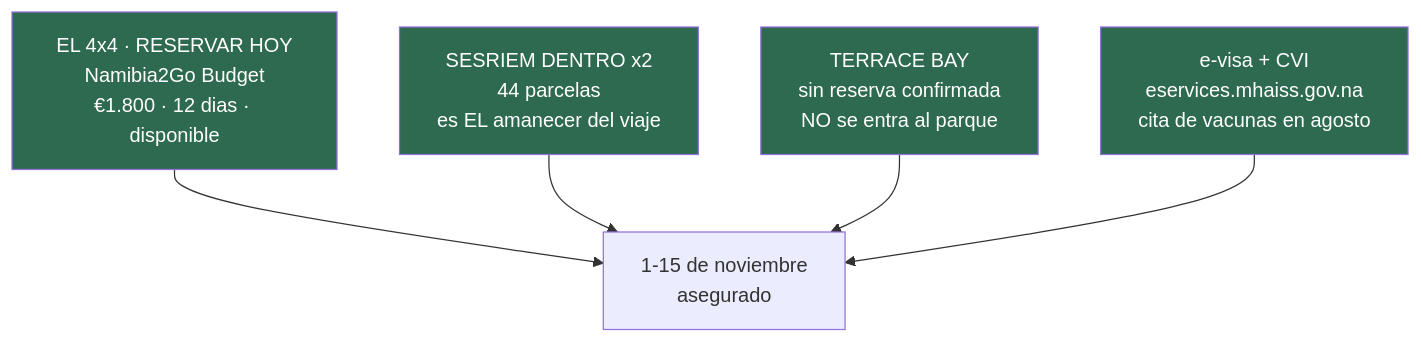
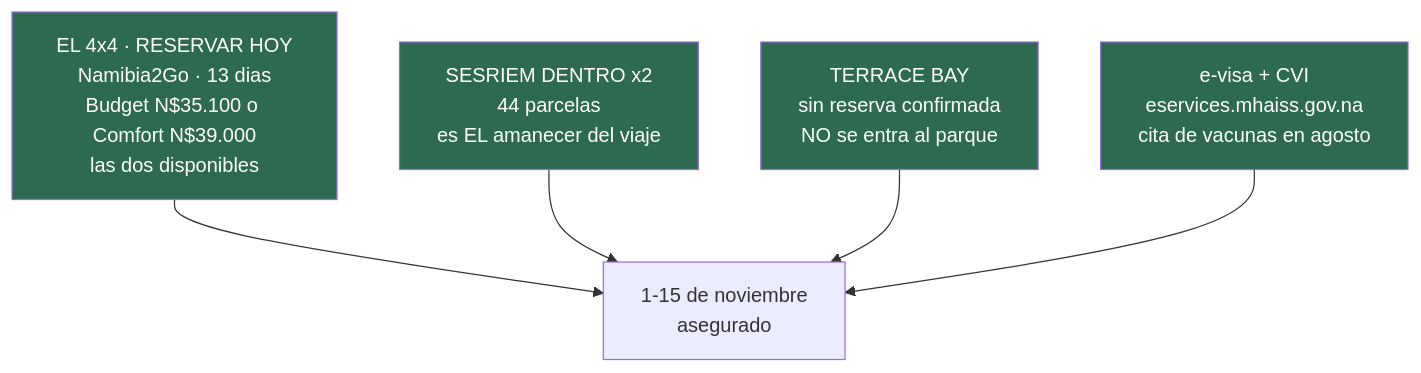
Before and after one commit to morandeirachema/namibia: the third of 5 diagrams in README.md, drawn with Mermaid. The commit also changed other lines of this file and 5 other files, not shown here.

````diff
--- a/README.md
+++ b/README.md
@@ -277,15 +284,15 @@
 ```mermaid
 flowchart TD
-    A["EL 4x4 · RESERVAR HOY<br/>Namibia2Go Budget<br/>€1.800 · 12 dias · disponible"]
+    A["EL 4x4 · RESERVAR HOY<br/>Namibia2Go · 13 dias<br/>Budget N$35.100 o Comfort N$39.000<br/>las dos disponibles"]
     B["SESRIEM DENTRO x2<br/>44 parcelas<br/>es EL amanecer del viaje"]
     C["TERRACE BAY<br/>sin reserva confirmada<br/>NO se entra al parque"]
     D["e-visa + CVI<br/>eservices.mhaiss.gov.na<br/>cita de vacunas en agosto"]
     A --> E["1-15 de noviembre<br/>asegurado"]
     B --> E
     C --> E
     D --> E
     style A fill:#2d6a4f,color:#fff
     style B fill:#2d6a4f,color:#fff
     style C fill:#2d6a4f,color:#fff
     style D fill:#2d6a4f,color:#fff
 ```
````
